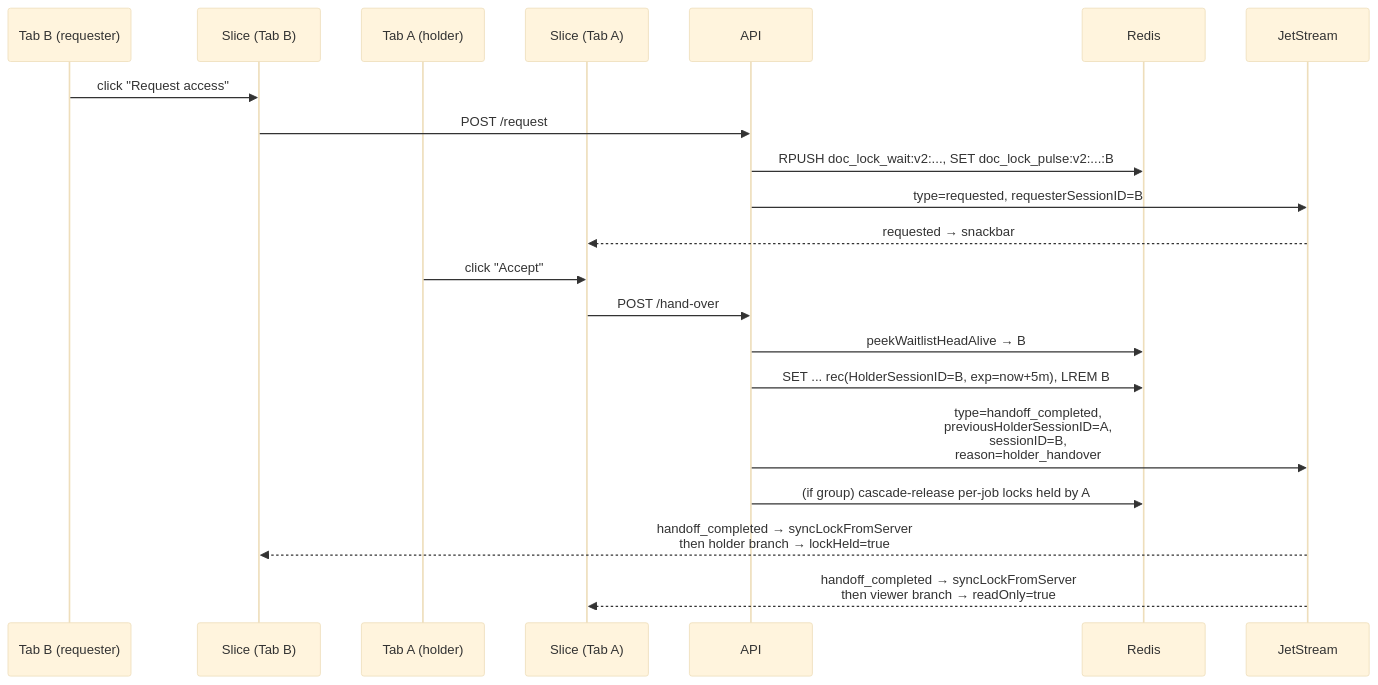
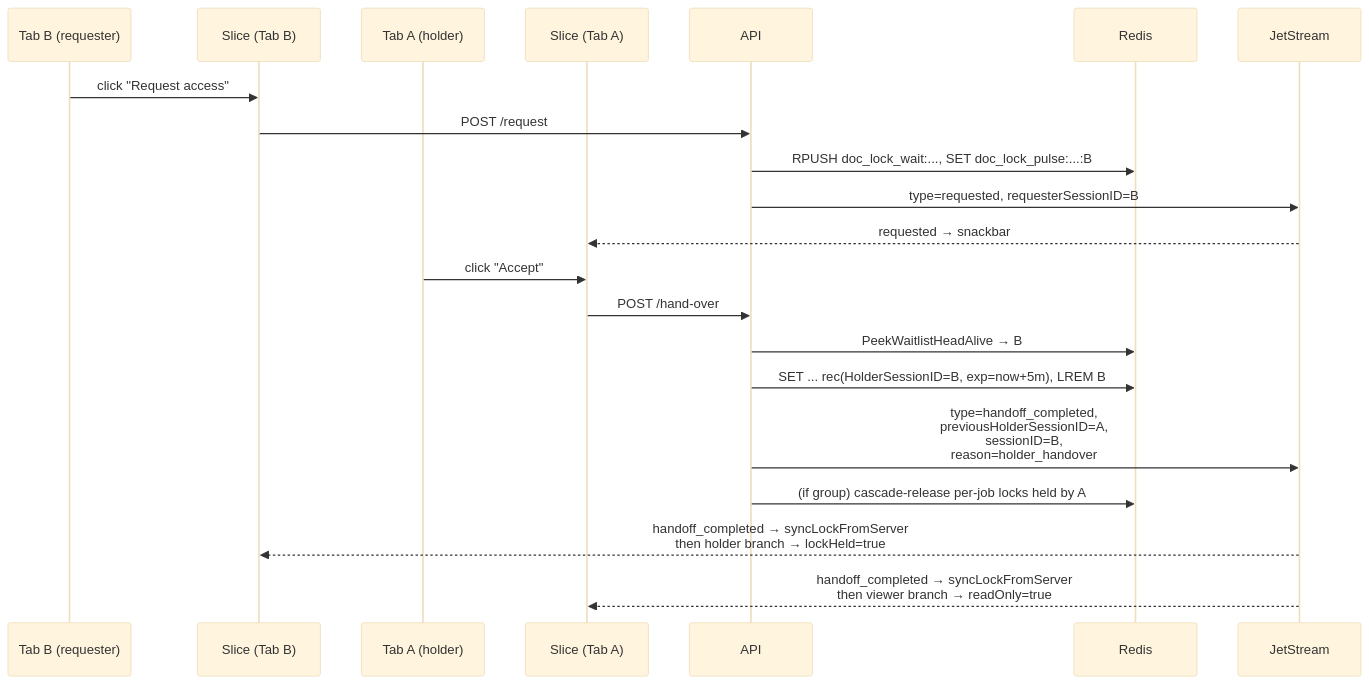
The third of 5 diagrams in docs/document-lock/README.md (darcy561/eve-industry-planner), drawn with Mermaid (base theme) before and after one commit. The commit also changed other lines of this file and 41 other files, not shown here.

First line of the commit message:
refactor(document-lock): enhance document lock handling and update API interactions

````diff
--- a/docs/document-lock/README.md
+++ b/docs/document-lock/README.md
@@ -158,24 +231,24 @@
 ```mermaid
 sequenceDiagram
   participant B as Tab B (requester)
   participant SB as Slice (Tab B)
   participant A as Tab A (holder)
   participant SA as Slice (Tab A)
   participant API as API
   participant R as Redis
   participant JS as JetStream
 
   B->>SB: click "Request access"
   SB->>API: POST /request
-  API->>R: RPUSH doc_lock_wait:v2:..., SET doc_lock_pulse:v2:...:B
+  API->>R: RPUSH doc_lock_wait:..., SET doc_lock_pulse:...:B
   API->>JS: type=requested, requesterSessionID=B
   JS-->>SA: requested → snackbar
   A->>SA: click "Accept"
   SA->>API: POST /hand-over
-  API->>R: peekWaitlistHeadAlive → B
+  API->>R: PeekWaitlistHeadAlive → B
   API->>R: SET ... rec(HolderSessionID=B, exp=now+5m), LREM B
   API->>JS: type=handoff_completed,<br/>previousHolderSessionID=A,<br/>sessionID=B,<br/>reason=holder_handover
   API->>R: (if group) cascade-release per-job locks held by A
   JS-->>SB: handoff_completed → syncLockFromServer<br/>then holder branch → lockHeld=true
   JS-->>SA: handoff_completed → syncLockFromServer<br/>then viewer branch → readOnly=true
 ```
````
